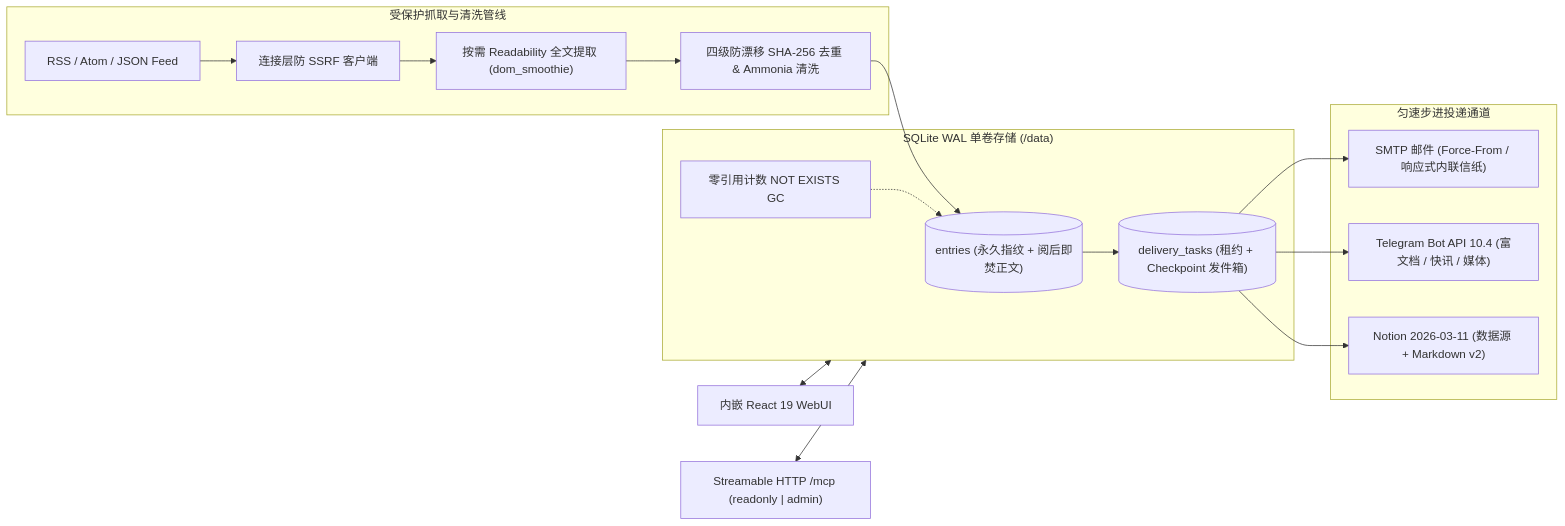
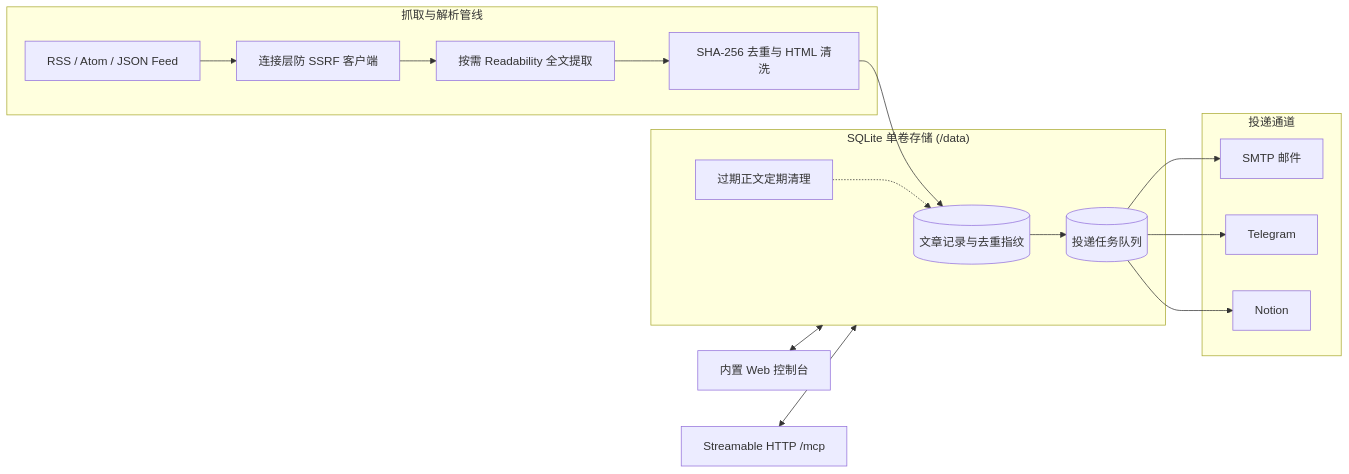
The diagram in docs/zh/index.md (ElleryHe/FeedCourier), drawn with Mermaid before and after one commit. The commit also changed other lines of this file and 57 other files, not shown here.

````diff
--- a/docs/zh/index.md
+++ b/docs/zh/index.md
@@ -52,23 +52,23 @@
 ```mermaid
 flowchart LR
-    subgraph Ingest["受保护抓取与清洗管线"]
+    subgraph Ingest["抓取与解析管线"]
         F["RSS / Atom / JSON Feed"] --> HC["连接层防 SSRF 客户端"]
-        HC --> R["按需 Readability 全文提取 (dom_smoothie)"]
-        R --> D["四级防漂移 SHA-256 去重 & Ammonia 清洗"]
+        HC --> R["按需 Readability 全文提取"]
+        R --> D["SHA-256 去重与 HTML 清洗"]
     end
 
-    subgraph Storage["SQLite WAL 单卷存储 (/data)"]
-        D --> E[("entries (永久指纹 + 阅后即焚正文)")]
-        E --> T[("delivery_tasks (租约 + Checkpoint 发件箱)")]
-        GC["零引用计数 NOT EXISTS GC"] -.-> E
+    subgraph Storage["SQLite 单卷存储 (/data)"]
+        D --> E[("文章记录与去重指纹")]
+        E --> T[("投递任务队列")]
+        GC["过期正文定期清理"] -.-> E
     end
 
-    subgraph Targets["匀速步进投递通道"]
-        T --> SMTP["SMTP 邮件 (Force-From / 响应式内联信纸)"]
-        T --> TG["Telegram Bot API 10.4 (富文档 / 快讯 / 媒体)"]
-        T --> NT["Notion 2026-03-11 (数据源 + Markdown v2)"]
+    subgraph Targets["投递通道"]
+        T --> SMTP["SMTP 邮件"]
+        T --> TG["Telegram"]
+        T --> NT["Notion"]
     end
 
-    UI["内嵌 React 19 WebUI"] <--> Storage
-    MCP["Streamable HTTP /mcp (readonly | admin)"] <--> Storage
+    UI["内置 Web 控制台"] <--> Storage
+    MCP["Streamable HTTP /mcp"] <--> Storage
 ```
````
